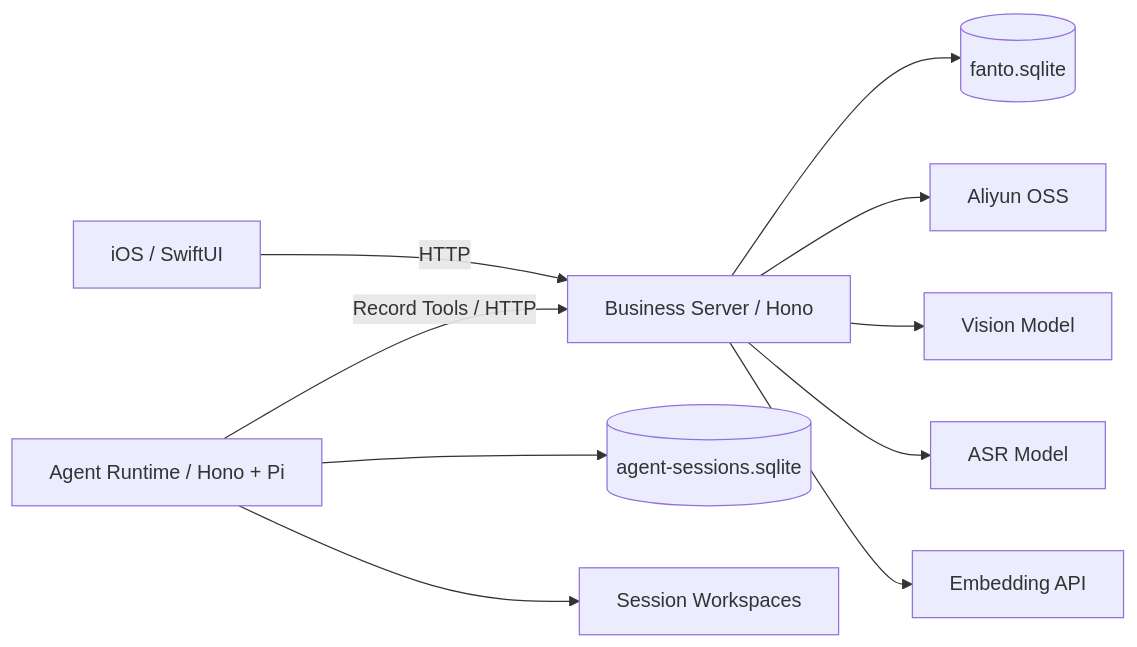
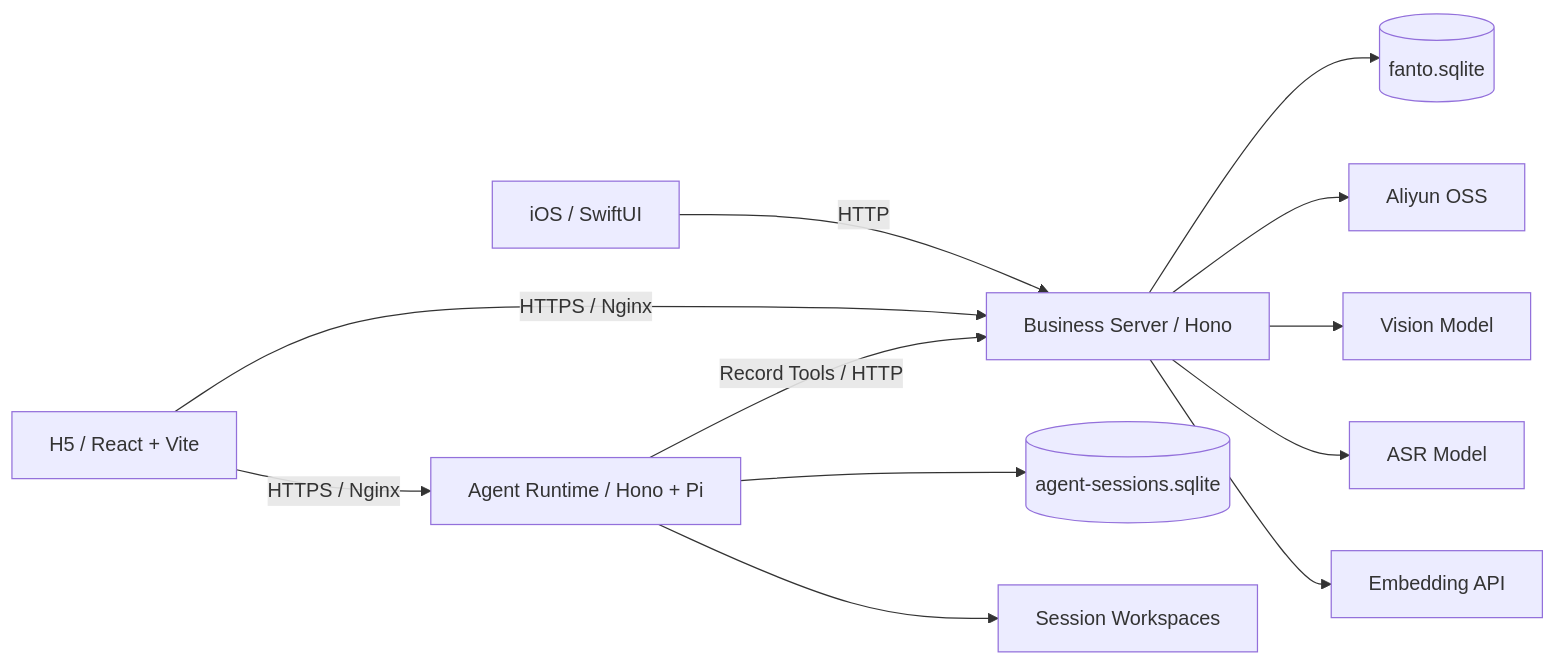
The diagram in docs/architecture/overview.md (huiru-wang/fanto), drawn with Mermaid before and after one commit. The commit also changed other lines of this file and 11 other files, not shown here.

````diff
--- a/docs/architecture/overview.md
+++ b/docs/architecture/overview.md
@@ -5,13 +5,15 @@
 ```mermaid
 flowchart LR
   IOS[iOS / SwiftUI] -->|HTTP| S[Business Server / Hono]
+  H5[H5 / React + Vite] -->|HTTPS / Nginx| S
+  H5 -->|HTTPS / Nginx| AR[Agent Runtime / Hono + Pi]
   S --> DB[(fanto.sqlite)]
   S --> OSS[Aliyun OSS]
   S --> VL[Vision Model]
   S --> ASR[ASR Model]
   S --> EMB[Embedding API]
 
-  AR[Agent Runtime / Hono + Pi] --> ADB[(agent-sessions.sqlite)]
+  AR --> ADB[(agent-sessions.sqlite)]
   AR --> WS[Session Workspaces]
   AR -->|Record Tools / HTTP| S
 ```
````
